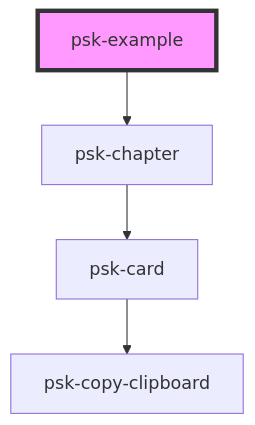
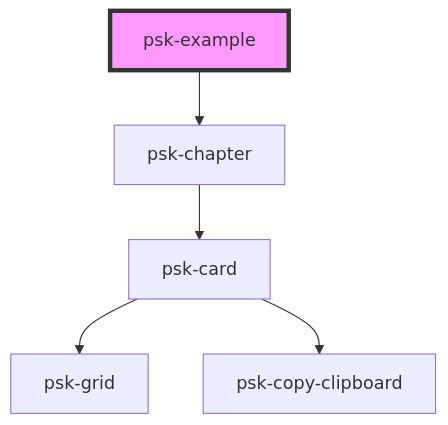
The diagram in src/components/psk-example/readme.md (daniel-visoiu/cardinal), drawn with Mermaid before and after one commit. The commit also changed 18 other files, not shown here.

````diff
--- a/src/components/psk-example/readme.md
+++ b/src/components/psk-example/readme.md
@@ -22,7 +22,8 @@
 ```mermaid
 graph TD;
   psk-example --> psk-chapter
   psk-chapter --> psk-card
+  psk-card --> psk-grid
   psk-card --> psk-copy-clipboard
   style psk-example fill:#f9f,stroke:#333,stroke-width:4px
 ```
````
